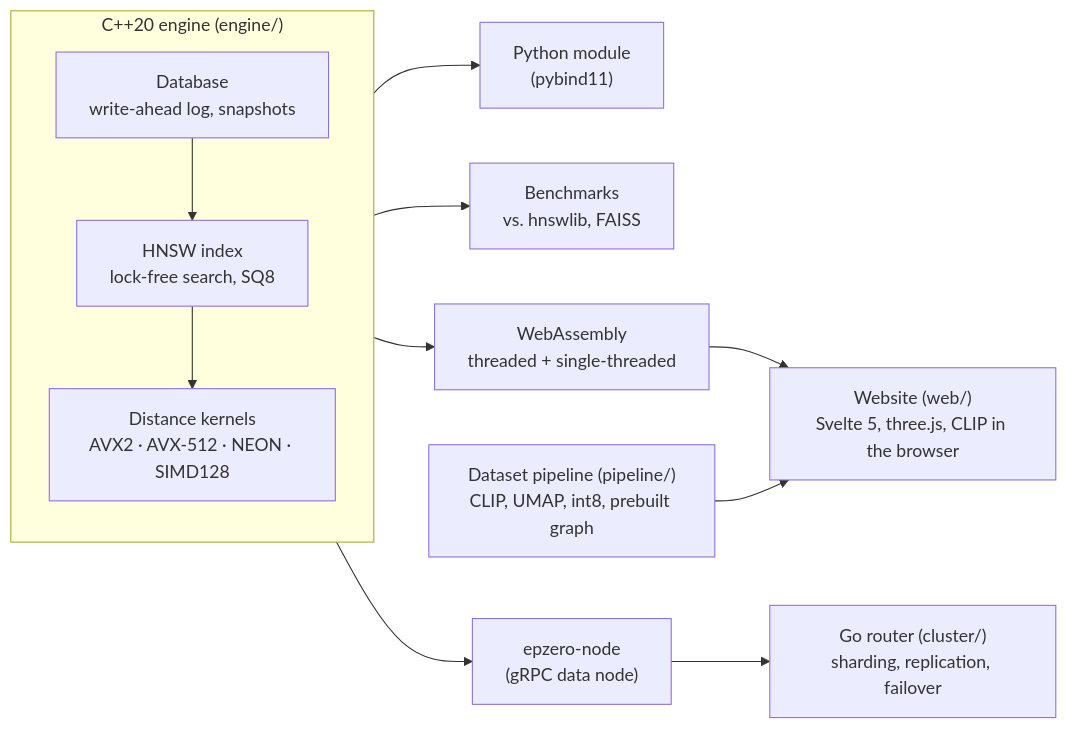
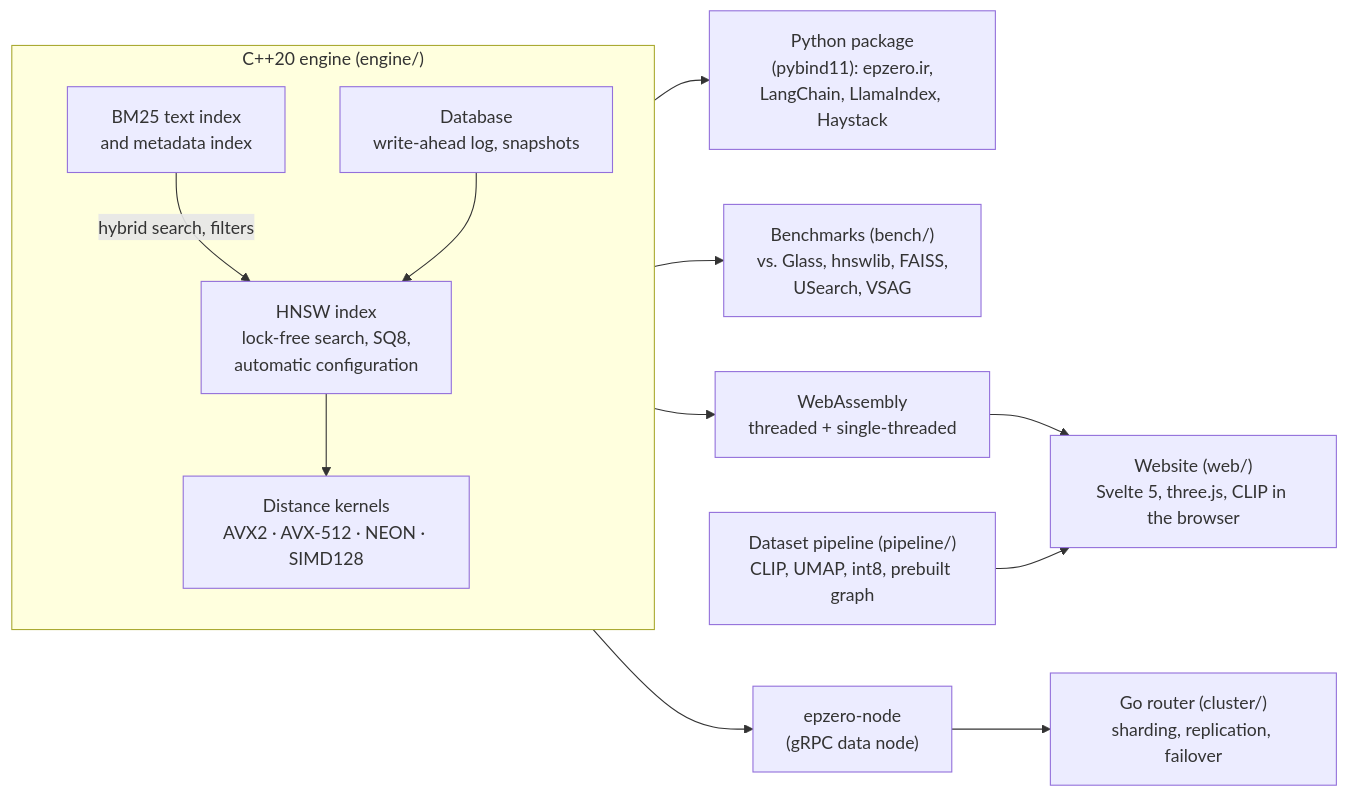
The diagram in README.md (Lazeeez/Epzero), drawn with Mermaid before and after one commit. The commit also changed other lines of this file, not shown here.

Commit message:
Bring the README up to date with 0.5: round 8, upkeep in place, integrations, epzero.ir

````diff
--- a/README.md
+++ b/README.md
@@ -191,17 +229,19 @@
 ```mermaid
 flowchart LR
   subgraph core["C++20 engine (engine/)"]
-    HNSW["HNSW index<br/>lock-free search, SQ8"]
+    HNSW["HNSW index<br/>lock-free search, SQ8,<br/>automatic configuration"]
+    TEXT["BM25 text index<br/>and metadata index"]
     SIMD["Distance kernels<br/>AVX2 · AVX-512 · NEON · SIMD128"]
     DB["Database<br/>write-ahead log, snapshots"]
     HNSW --> SIMD
+    TEXT -- "hybrid search, filters" --> HNSW
     DB --> HNSW
   end
-  core --> PY["Python module<br/>(pybind11)"]
-  core --> BENCH["Benchmarks<br/>vs. hnswlib, FAISS"]
+  core --> PY["Python package<br/>(pybind11): epzero.ir,<br/>LangChain, LlamaIndex, Haystack"]
+  core --> BENCH["Benchmarks (bench/)<br/>vs. Glass, hnswlib, FAISS,<br/>USearch, VSAG"]
   core --> WASM["WebAssembly<br/>threaded + single-threaded"]
   core --> NODE["epzero-node<br/>(gRPC data node)"]
   WASM --> SITE["Website (web/)<br/>Svelte 5, three.js, CLIP in the browser"]
   NODE --> ROUTER["Go router (cluster/)<br/>sharding, replication, failover"]
   PIPE["Dataset pipeline (pipeline/)<br/>CLIP, UMAP, int8, prebuilt graph"] --> SITE
 ```
````
